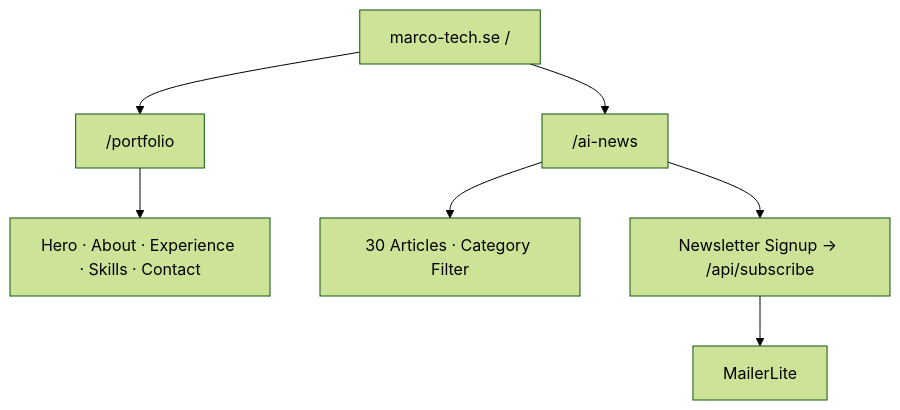
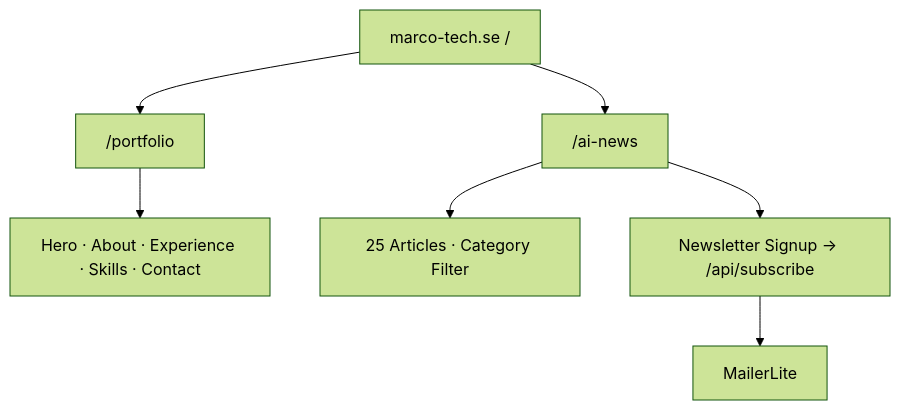
One commit to Marco-Lundh/marcolundh changed the first of 3 diagrams in README.md. Above: the diagram before and after it, drawn with Mermaid (forest theme). The commit also changed other lines of this file, not shown here.

Commit message:
docs: update article count from 30 to 25 in README diagrams

````diff
--- a/README.md
+++ b/README.md
@@ -35,9 +35,9 @@
 ```mermaid
 graph TD
     A["marco-tech.se /"] --> B["/portfolio"]
     A --> C["/ai-news"]
     B --> D["Hero · About · Experience · Skills · Contact"]
-    C --> E["30 Articles · Category Filter"]
+    C --> E["25 Articles · Category Filter"]
     C --> F["Newsletter Signup → /api/subscribe"]
     F --> G["MailerLite"]
 ```
````
